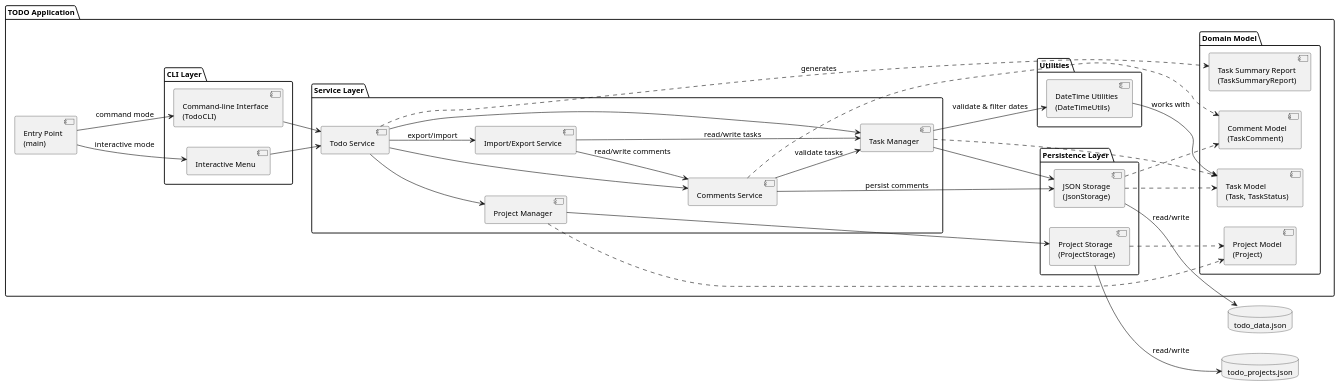
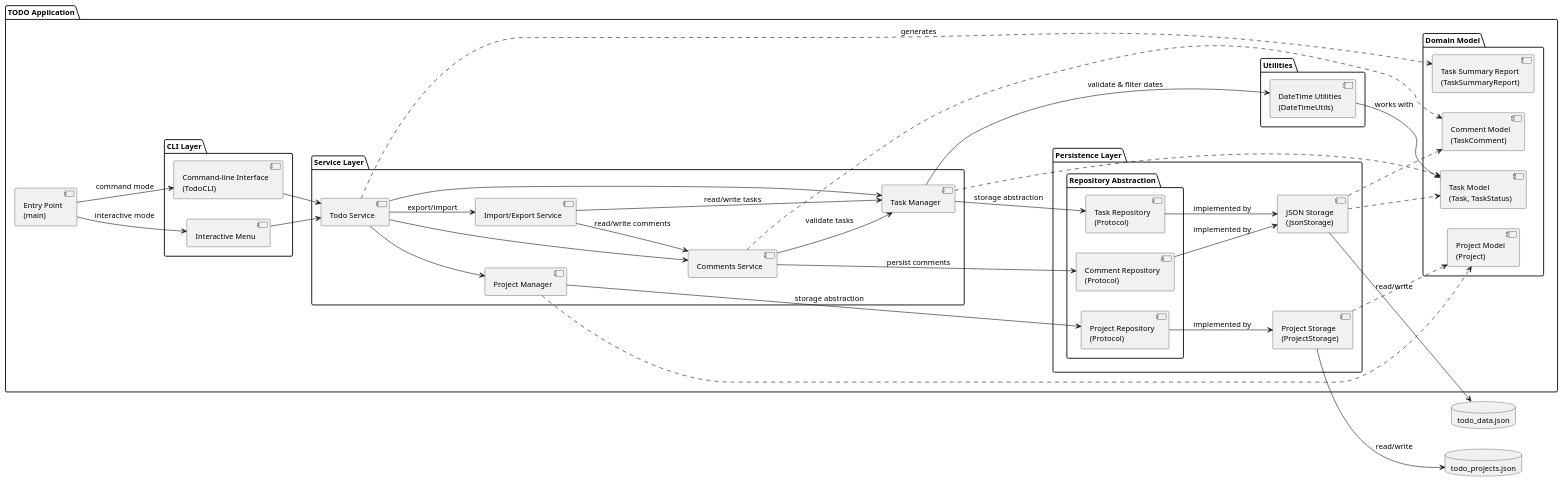
The diagram in experiments/supervisor_as_tools/user_stories/TODO/artifacts/component_diagram.puml (DanielRiha8906/Software_autoevolution_using_agents), drawn with PlantUML before and after one commit. The commit also changed 9 other files, not shown here.

```diff
--- a/experiments/supervisor_as_tools/user_stories/TODO/artifacts/component_diagram.puml
+++ b/experiments/supervisor_as_tools/user_stories/TODO/artifacts/component_diagram.puml
@@ -1,78 +1,88 @@
 @startuml component_diagram
 
 skinparam componentStyle uml2
 skinparam defaultFontSize 13
 
 left to right direction
 
 package "TODO Application" {
 
     component "Entry Point\n(main)" as Main
 
     package "CLI Layer" {
         component "Interactive Menu" as IM
         component "Command-line Interface\n(TodoCLI)" as CLI
     }
 
     package "Service Layer" {
         component "Todo Service" as SVC
         component "Task Manager" as MGR
         component "Project Manager" as PMGR
         component "Comments Service" as CMT
         component "Import/Export Service" as IMPEXP
     }
 
     package "Domain Model" {
         component "Project Model\n(Project)" as ProjectModel
         component "Task Model\n(Task, TaskStatus)" as Model
         component "Comment Model\n(TaskComment)" as CommentModel
         component "Task Summary Report\n(TaskSummaryReport)" as SummaryModel
     }
 
     package "Utilities" {
         component "DateTime Utilities\n(DateTimeUtils)" as DTUtils
     }
 
     package "Persistence Layer" {
+        package "Repository Abstraction" {
+            component "Task Repository\n(Protocol)" as TaskRepo
+            component "Comment Repository\n(Protocol)" as CommentRepo
+            component "Project Repository\n(Protocol)" as ProjectRepo
+        }
+
         component "JSON Storage\n(JsonStorage)" as Storage
         component "Project Storage\n(ProjectStorage)" as ProjectStore
     }
 }
 
 database "todo_data.json" as DB
 database "todo_projects.json" as ProjectDB
 
 Main --> IM : interactive mode
 Main --> CLI : command mode
 
 IM --> SVC
 CLI --> SVC
 
 SVC --> MGR
 SVC --> PMGR
 SVC --> CMT
 SVC --> IMPEXP : export/import
 SVC ..> SummaryModel : generates
 
 IMPEXP --> MGR : read/write tasks
 IMPEXP --> CMT : read/write comments
 
-MGR --> Storage
+MGR --> TaskRepo : storage abstraction
 MGR --> DTUtils : validate & filter dates
 MGR ..> Model
-PMGR --> ProjectStore
+PMGR --> ProjectRepo : storage abstraction
 PMGR ..> ProjectModel
 
-CMT --> Storage : persist comments
+CMT --> CommentRepo : persist comments
 CMT --> MGR : validate tasks
 CMT ..> CommentModel
+
+TaskRepo --> Storage : implemented by
+CommentRepo --> Storage : implemented by
+ProjectRepo --> ProjectStore : implemented by
 
 Storage ..> Model
 Storage ..> CommentModel
 ProjectStore ..> ProjectModel
 DTUtils --> Model : works with
 
 Storage --> DB : read/write
 ProjectStore --> ProjectDB : read/write
 
 @enduml
```
